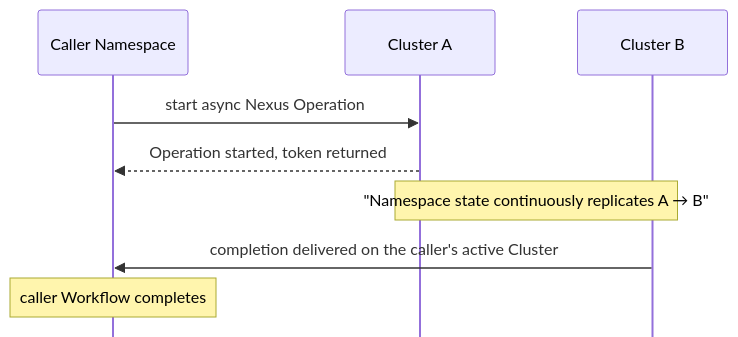
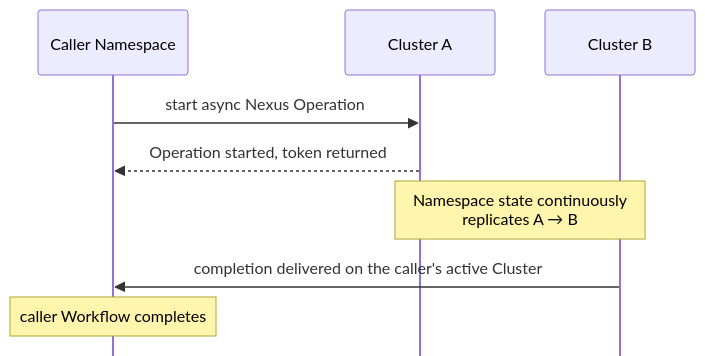
The diagram in docs/production-deployment/self-hosted-guide/temporal-nexus.mdx (temporalio/documentation), drawn with Mermaid before and after one commit.

Commit message:
Fix cut-off note in failover diagram
Drop the literal quotes and wrap the replication note across two lines so the
Note-over box doesn't overflow.

````diff
--- a/docs/production-deployment/self-hosted-guide/temporal-nexus.mdx
+++ b/docs/production-deployment/self-hosted-guide/temporal-nexus.mdx
@@ -137,12 +137,12 @@
 ```mermaid
 %%{init: {'sequence': {'mirrorActors': false}}}%%
 sequenceDiagram
     participant C as Caller Namespace
     participant A as Cluster A
     participant B as Cluster B
     C->>A: start async Nexus Operation
     A-->>C: Operation started, token returned
-    Note over A,B: "Namespace state continuously replicates A → B"
+    Note over A,B: Namespace state continuously<br/>replicates A → B
     B->>C: completion delivered on the caller's active Cluster
     Note over C: caller Workflow completes
 ```
````
